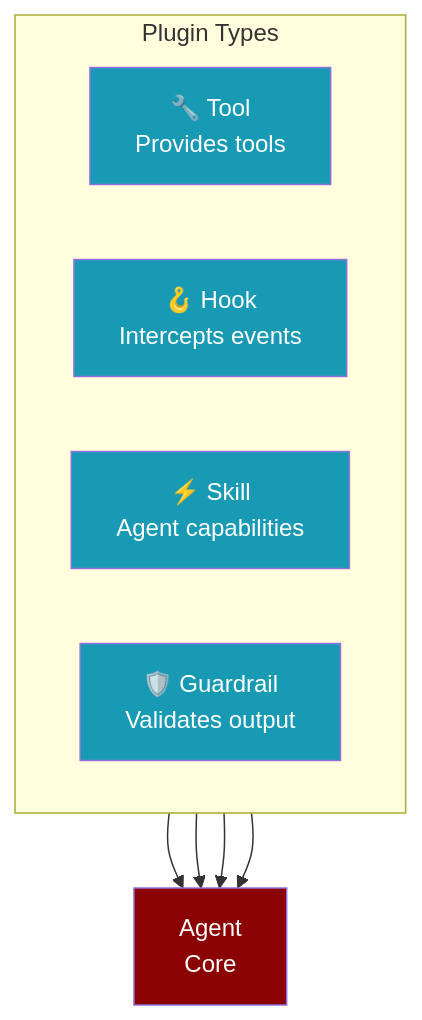
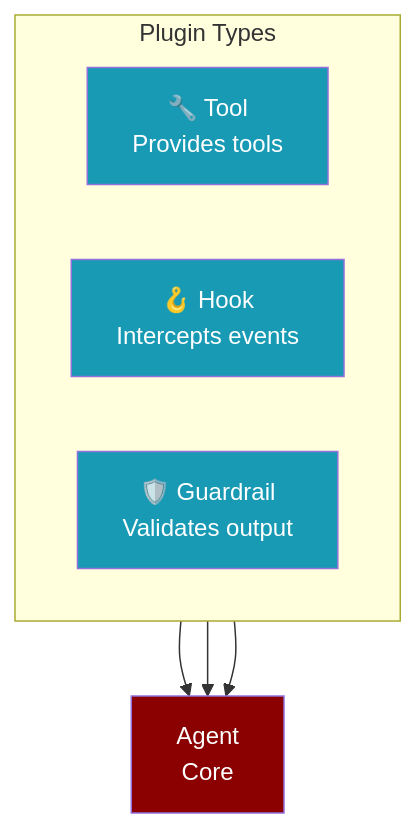
One commit to MervinPraison/PraisonAIDocs changed the first of 4 diagrams in docs/features/plugins.mdx. Above: the diagram before and after it, drawn with Mermaid. The commit also changed other lines of this file, not shown here.

````diff
--- a/docs/features/plugins.mdx
+++ b/docs/features/plugins.mdx
@@ -9,21 +9,18 @@
 ```mermaid
 graph TB
     subgraph "Plugin Types"
         direction LR
         TOOL["🔧 Tool<br/>Provides tools"]
         HOOK["🪝 Hook<br/>Intercepts events"]
-        SKILL["⚡ Skill<br/>Agent capabilities"]
         GUARDRAIL["🛡️ Guardrail<br/>Validates output"]
     end
     
     TOOL --> CORE["Agent<br/>Core"]
     HOOK --> CORE
-    SKILL --> CORE
     GUARDRAIL --> CORE
     
     style TOOL fill:#189AB4,color:#fff
     style HOOK fill:#189AB4,color:#fff
-    style SKILL fill:#189AB4,color:#fff
     style GUARDRAIL fill:#189AB4,color:#fff
     style CORE fill:#8B0000,color:#fff
 ```
````
